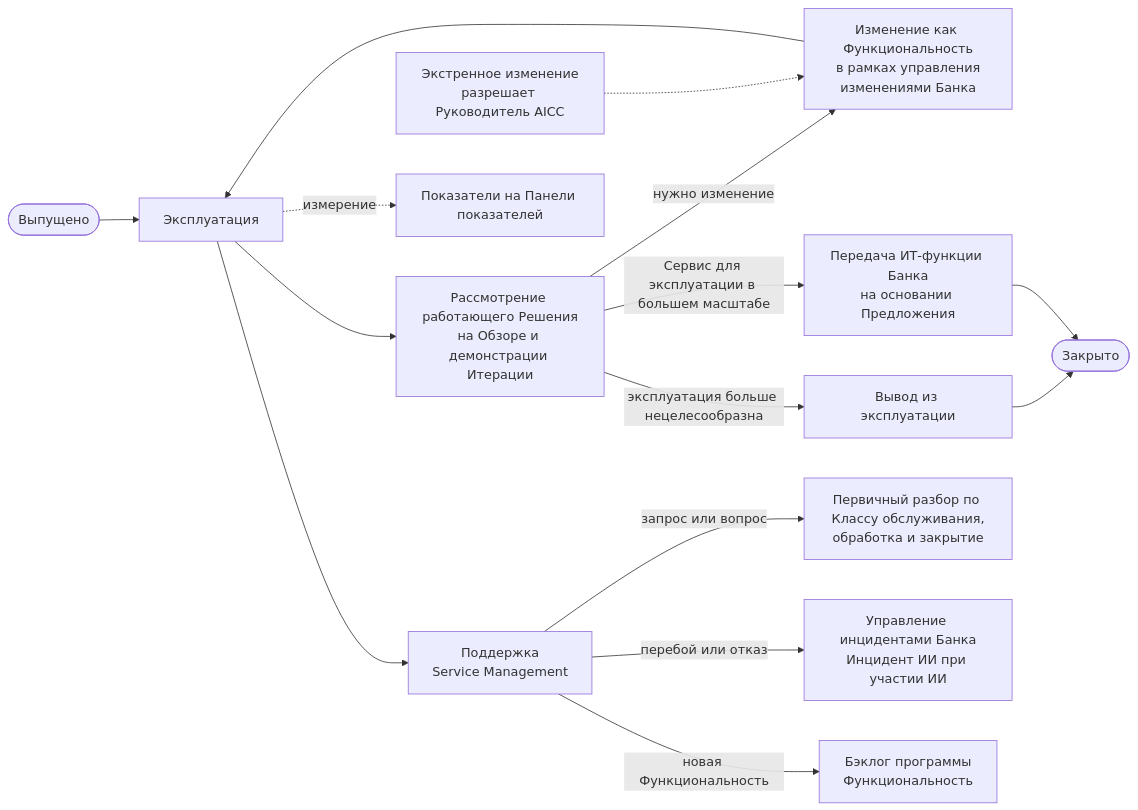
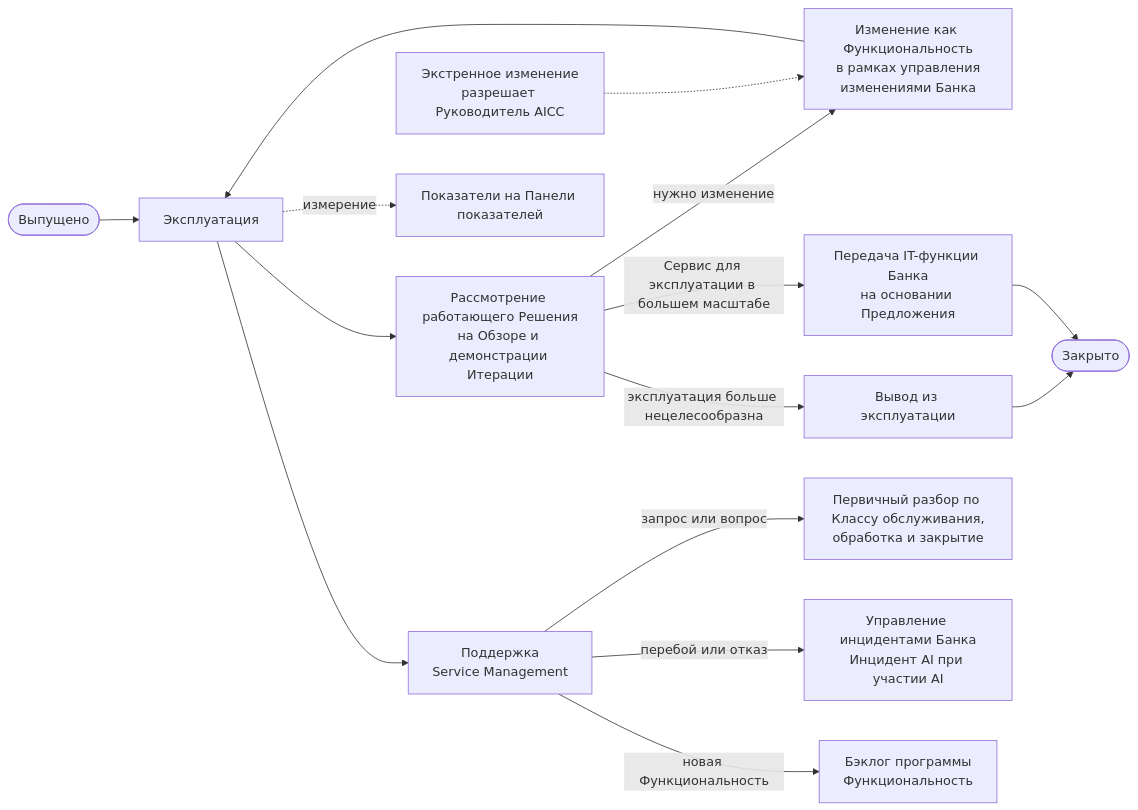
Before and after one commit to devhogu/ob-aicc: the ninth of 10 diagrams in charter/ru/workflows/service-delivery.md, drawn with Mermaid. The commit also changed other lines of this file and 768 other files, not shown here.

````diff
--- a/charter/ru/workflows/service-delivery.md
+++ b/charter/ru/workflows/service-delivery.md
@@ -261,17 +261,17 @@
 ```mermaid
 flowchart LR
   R(["Выпущено"]) --> O["Эксплуатация"]
   O --> RV["Рассмотрение работающего Решения<br/>на Обзоре и демонстрации Итерации"]
   RV -->|"нужно изменение"| C["Изменение как Функциональность<br/>в рамках управления<br/>изменениями Банка"]
   C --> O
   EM["Экстренное изменение<br/>разрешает Руководитель AICC"] -.-> C
   RV -->|"эксплуатация больше нецелесообразна"| X["Вывод из эксплуатации"]
   X --> Z(["Закрыто"])
-  RV -->|"Сервис для эксплуатации в большем масштабе"| HO["Передача ИТ-функции Банка<br/>на основании Предложения"]
+  RV -->|"Сервис для эксплуатации в большем масштабе"| HO["Передача IT-функции Банка<br/>на основании Предложения"]
   HO --> Z
   O -.->|"измерение"| M["Показатели на Панели показателей"]
   O --> SP["Поддержка<br/>Service Management"]
   SP -->|"запрос или вопрос"| H["Первичный разбор по Классу обслуживания,<br/>обработка и закрытие"]
-  SP -->|"перебой или отказ"| IM["Управление инцидентами Банка<br/>Инцидент ИИ при участии ИИ"]
+  SP -->|"перебой или отказ"| IM["Управление инцидентами Банка<br/>Инцидент AI при участии AI"]
   SP -->|"новая Функциональность"| PB["Бэклог программы<br/>Функциональность"]
 ```
````
